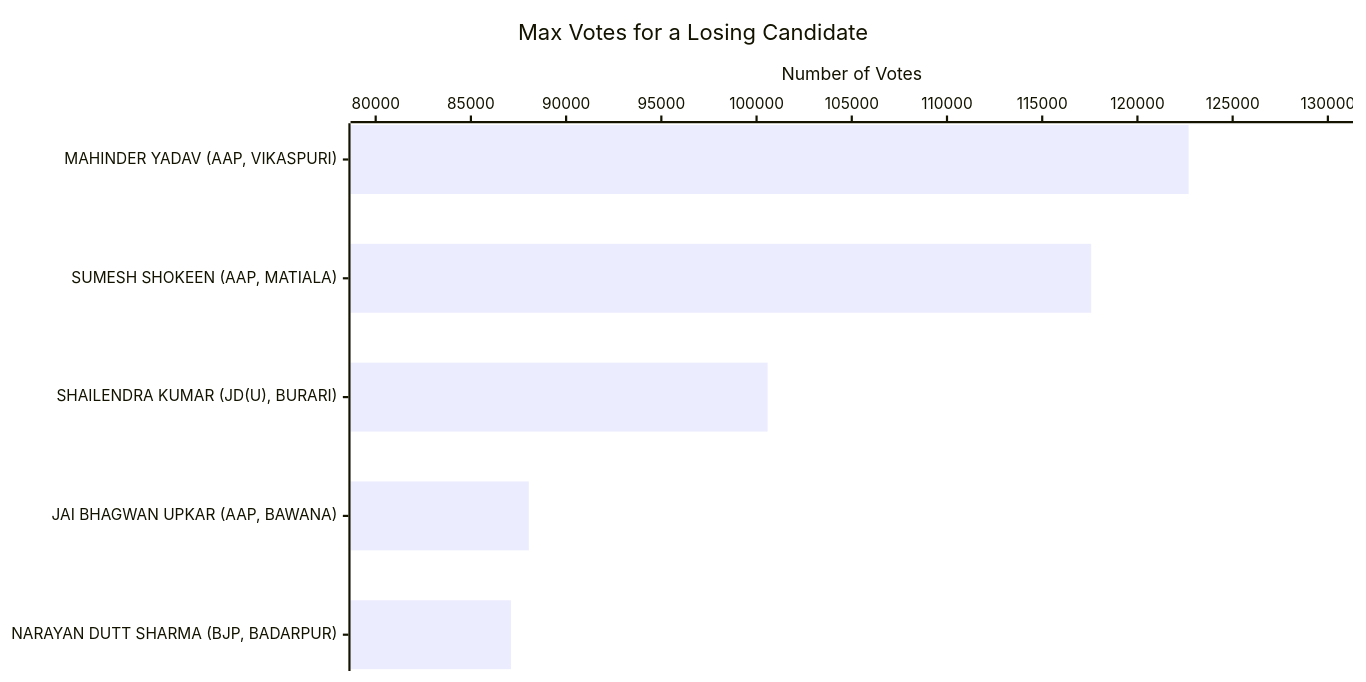
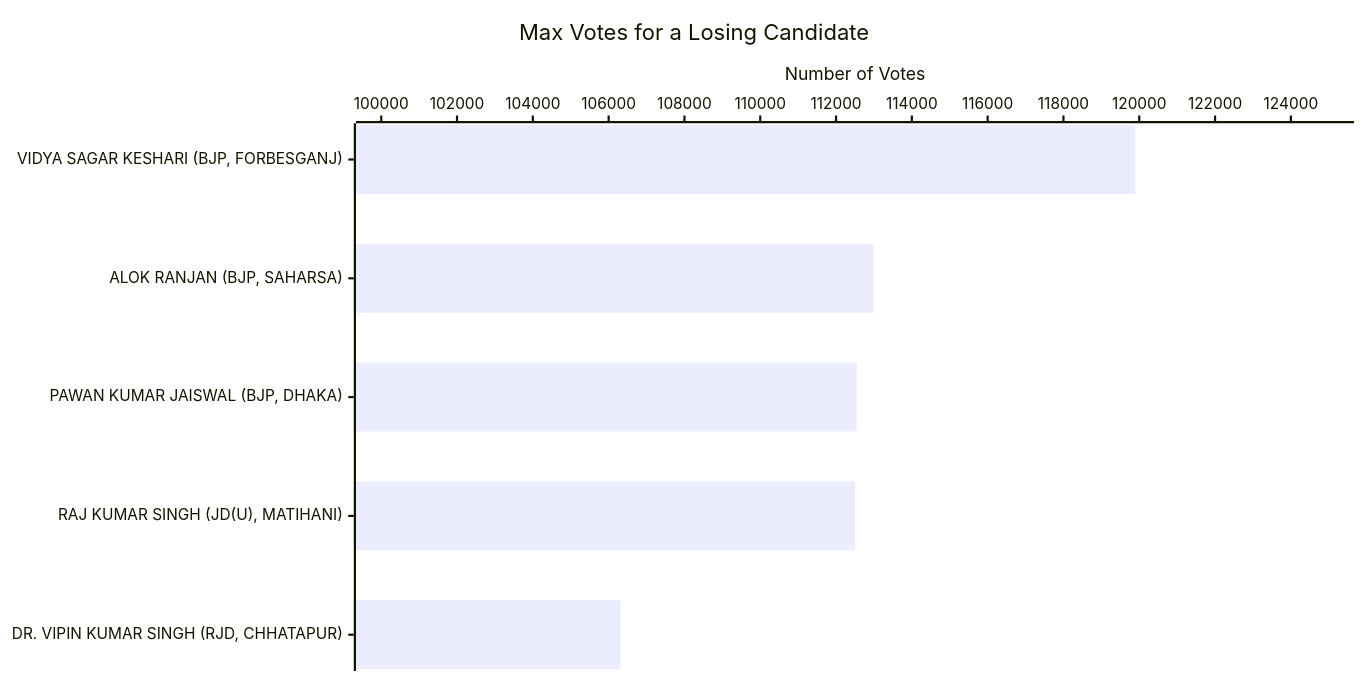
Before and after one commit to arjunswaj/elections: the fourth of 23 diagrams in BIHAR-GRAPH.md, drawn with Mermaid. The commit also changed other lines of this file and 5 other files, not shown here.

````diff
--- a/BIHAR-GRAPH.md
+++ b/BIHAR-GRAPH.md
@@ -112,17 +112,17 @@
 ```mermaid
 ---
 config:
     xyChart:
         width: 1200
         height: 600
         chartOrientation: horizontal
         dataLabels:
             enabled: true
             placement: end
 ---
 xychart-beta
     title "Max Votes for a Losing Candidate"
-    x-axis ["MAHINDER YADAV (AAP, VIKASPURI)", "SUMESH SHOKEEN (AAP, MATIALA)", "SHAILENDRA KUMAR (JD(U), BURARI)", "JAI BHAGWAN UPKAR (AAP, BAWANA)", "NARAYAN DUTT SHARMA (BJP, BADARPUR)"]
-    y-axis "Number of Votes" 80000 --> 130000
-    bar [122688, 117572, 100580, 88040, 87103]
+    x-axis ["VIDYA SAGAR KESHARI (BJP, FORBESGANJ)", "ALOK RANJAN (BJP, SAHARSA)", "PAWAN KUMAR JAISWAL (BJP, DHAKA)", "RAJ KUMAR SINGH (JD(U), MATIHANI)", "DR. VIPIN KUMAR SINGH (RJD, CHHATAPUR)"]
+    y-axis "Number of Votes" 100000 --> 125000
+    bar [119893, 112998, 112549, 112499, 106313]
 ```
````
